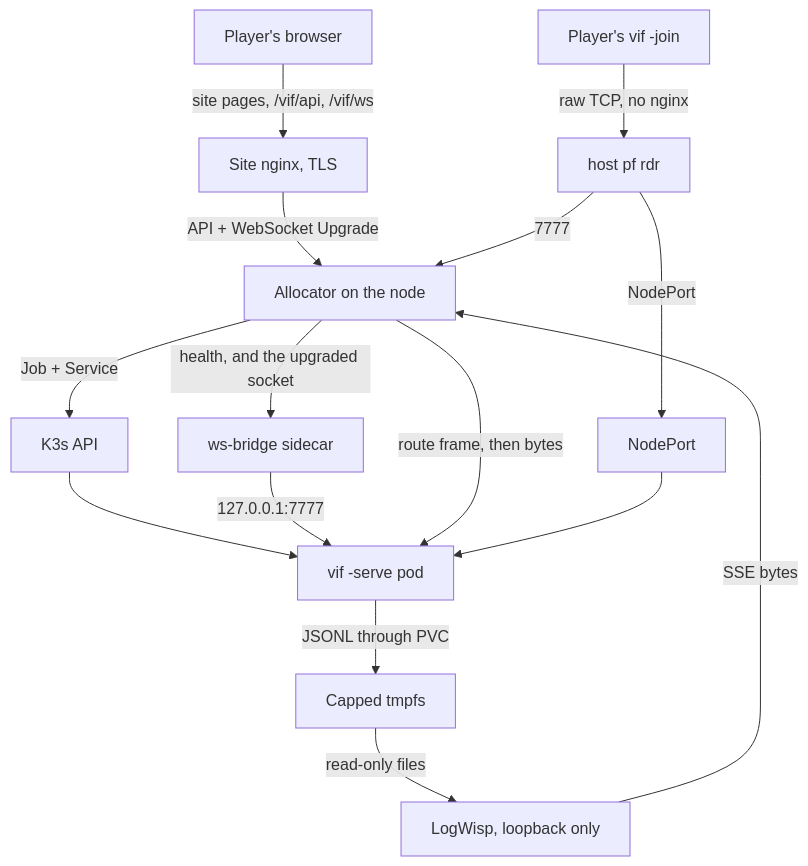
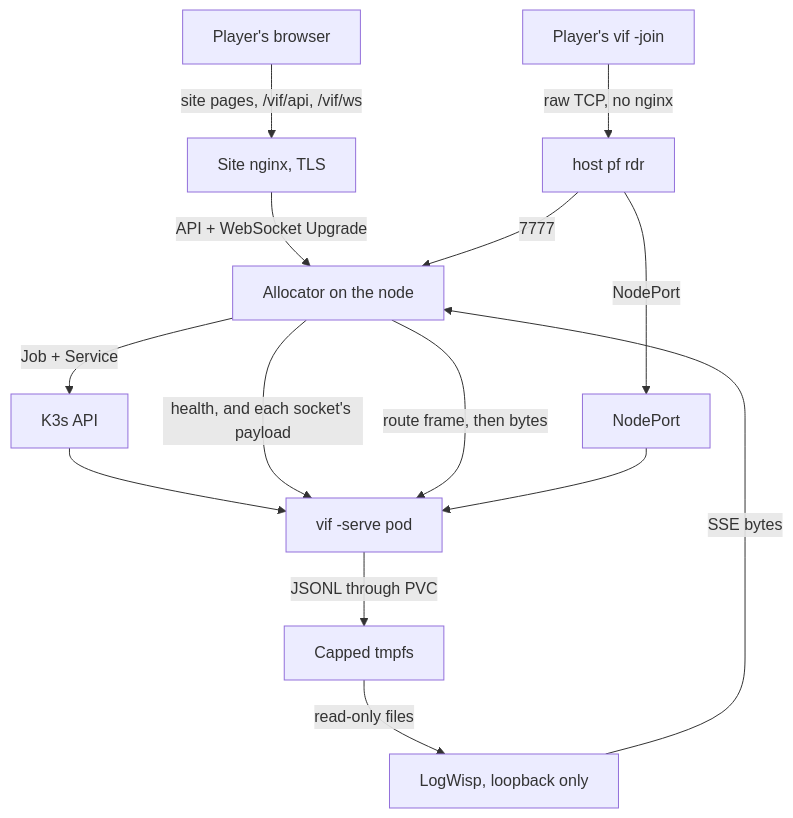
One commit to lixenwraith/vif changed the diagram in doc/kube-docker-deploy.md. Above: the diagram before and after it, drawn with Mermaid. The commit also changed other lines of this file and 31 other files, not shown here.

Commit message:
Remove the websocat sidecar; the allocator's WebSocket is the only path

````diff
--- a/doc/kube-docker-deploy.md
+++ b/doc/kube-docker-deploy.md
@@ -35,14 +35,14 @@
 ```mermaid
 flowchart TD
     Browser["Player's browser"] -->|"site pages, /vif/api, /vif/ws"| Site["Site nginx, TLS"]
     Site -->|"API + WebSocket Upgrade"| Alloc["Allocator on the node"]
     Alloc -->|"Job + Service"| API["K3s API"]
     API --> Pod["vif -serve pod"]
-    Alloc -->|"health, and the upgraded socket"| Bridge["ws-bridge sidecar"] -->|"127.0.0.1:7777"| Pod
+    Alloc -->|"health, and each socket's payload"| Pod
     Term["Player's vif -join"] -->|"raw TCP, no nginx"| PF["host pf rdr"]
     PF -->|"7777"| Alloc -->|"route frame, then bytes"| Pod
     PF -->|"NodePort"| NP["NodePort"] --> Pod
     Pod -->|"JSONL through PVC"| Log["Capped tmpfs"]
     Log -->|"read-only files"| Wisp["LogWisp, loopback only"]
     Wisp -->|"SSE bytes"| Alloc
 ```
````
